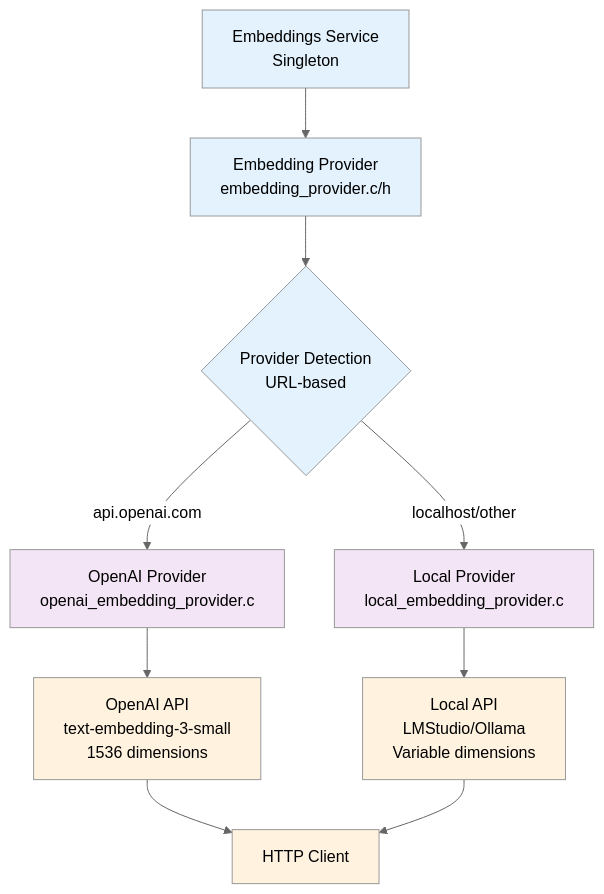
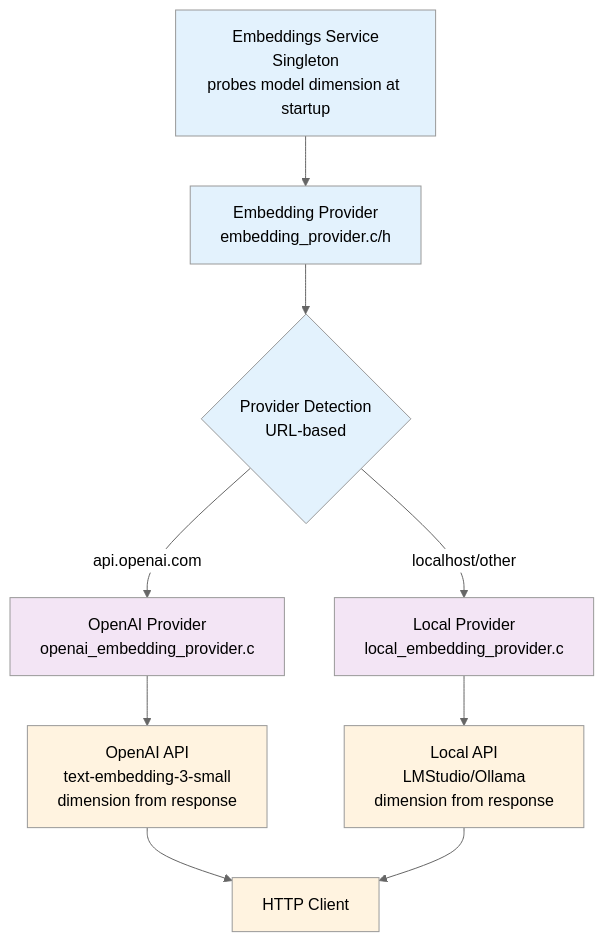
Diagram 19 of 20 in ARCHITECTURE.md (tgittos/scaffold), drawn with Mermaid (neutral theme) before and after one commit. The commit also changed other lines of this file and 15 other files, not shown here.

````diff
--- a/ARCHITECTURE.md
+++ b/ARCHITECTURE.md
@@ -1089,22 +1089,22 @@
 ```mermaid
 graph TB
-    EmbeddingsService[Embeddings Service<br/>Singleton] --> EmbeddingProvider[Embedding Provider<br/>embedding_provider.c/h]
+    EmbeddingsService[Embeddings Service<br/>Singleton<br/>probes model dimension at startup] --> EmbeddingProvider[Embedding Provider<br/>embedding_provider.c/h]
 
     EmbeddingProvider --> Detection{Provider Detection<br/>URL-based}
     Detection -->|api.openai.com| OpenAIEmbed[OpenAI Provider<br/>openai_embedding_provider.c]
     Detection -->|localhost/other| LocalEmbed[Local Provider<br/>local_embedding_provider.c]
 
-    OpenAIEmbed --> OpenAIAPI[OpenAI API<br/>text-embedding-3-small<br/>1536 dimensions]
-    LocalEmbed --> LocalAPI[Local API<br/>LMStudio/Ollama<br/>Variable dimensions]
+    OpenAIEmbed --> OpenAIAPI[OpenAI API<br/>text-embedding-3-small<br/>dimension from response]
+    LocalEmbed --> LocalAPI[Local API<br/>LMStudio/Ollama<br/>dimension from response]
 
     OpenAIAPI --> HTTPClient[HTTP Client]
     LocalAPI --> HTTPClient
 
     classDef service fill:#e3f2fd
     classDef provider fill:#f3e5f5
     classDef api fill:#fff3e0
 
     class EmbeddingsService,EmbeddingProvider,Detection service
     class OpenAIEmbed,LocalEmbed provider
     class OpenAIAPI,LocalAPI,HTTPClient api
 ```
````
